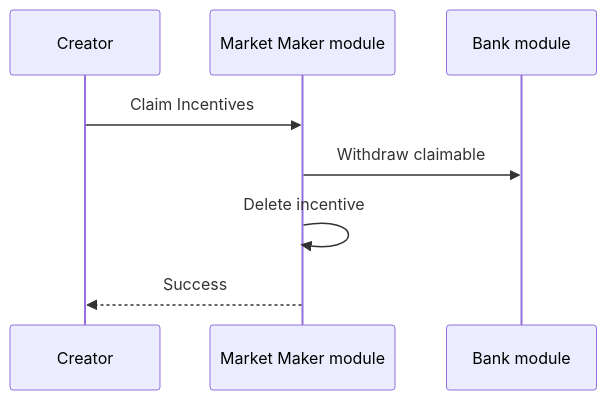
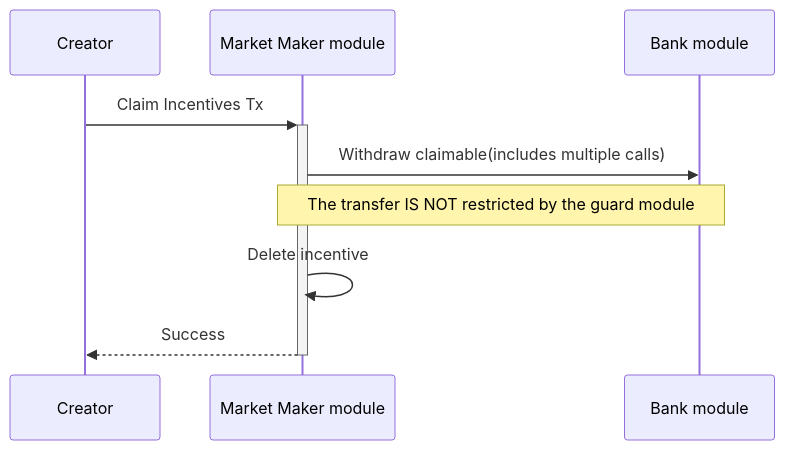
The second of 2 diagrams in x/marketmaker/spec/08_txs_flows.md (MANTRA-Chain/mantrachain), drawn with Mermaid before and after one commit. The commit also changed other lines of this file and 12 other files, not shown here.

Commit message:
docs: add update txs flows docs

````diff
--- a/x/marketmaker/spec/08_txs_flows.md
+++ b/x/marketmaker/spec/08_txs_flows.md
@@ -18,7 +19,8 @@
 ```mermaid
 sequenceDiagram
-Creator ->> Market Maker module: Claim Incentives
-Market Maker module->>Bank module: Withdraw claimable
+Creator->>+Market Maker module: Claim Incentives Tx
+Market Maker module->>Bank module: Withdraw claimable(includes multiple calls)
+Note over Market Maker module, Bank module: The transfer IS NOT restricted by the guard module
 Market Maker module->>Market Maker module: Delete incentive
-Market Maker module-->> Creator: Success
+Market Maker module-->>-Creator: Success
 ```
````
